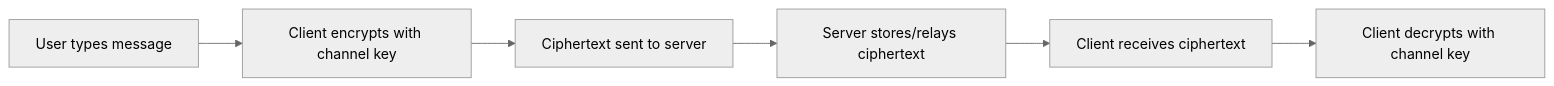
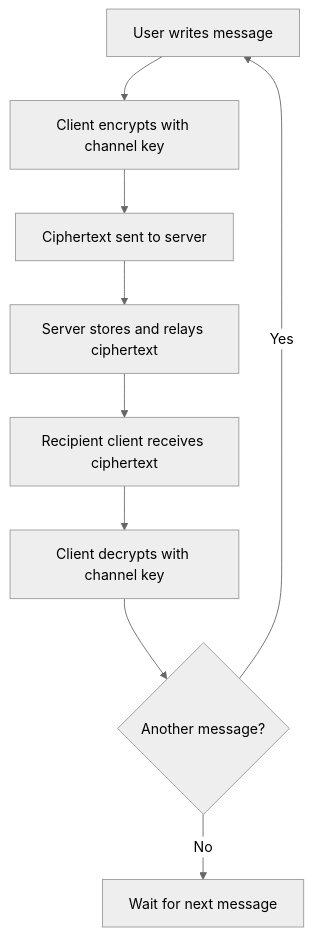
One commit to Avicted/dialtone changed the first of 2 diagrams in docs/ENCRYPTION_FLOW.md. Above: the diagram before and after it, drawn with Mermaid (neutral theme). The commit also changed other lines of this file, not shown here.

Commit message:
Docs: mermaid diagram update

````diff
--- a/docs/ENCRYPTION_FLOW.md
+++ b/docs/ENCRYPTION_FLOW.md
@@ -41,8 +41,11 @@
 ```mermaid
-flowchart LR
-    A[User types message] --> B[Client encrypts with channel key]
-    B --> C[Ciphertext sent to server]
-    C --> D[Server stores/relays ciphertext]
-    D --> E[Client receives ciphertext]
-    E --> F[Client decrypts with channel key]
+flowchart TD
+  A[User writes message] --> B[Client encrypts with channel key]
+  B --> C[Ciphertext sent to server]
+  C --> D[Server stores and relays ciphertext]
+  D --> E[Recipient client receives ciphertext]
+  E --> F[Client decrypts with channel key]
+  F --> G{Another message?}
+  G -->|Yes| A
+  G -->|No| H[Wait for next message]
 ```
````
